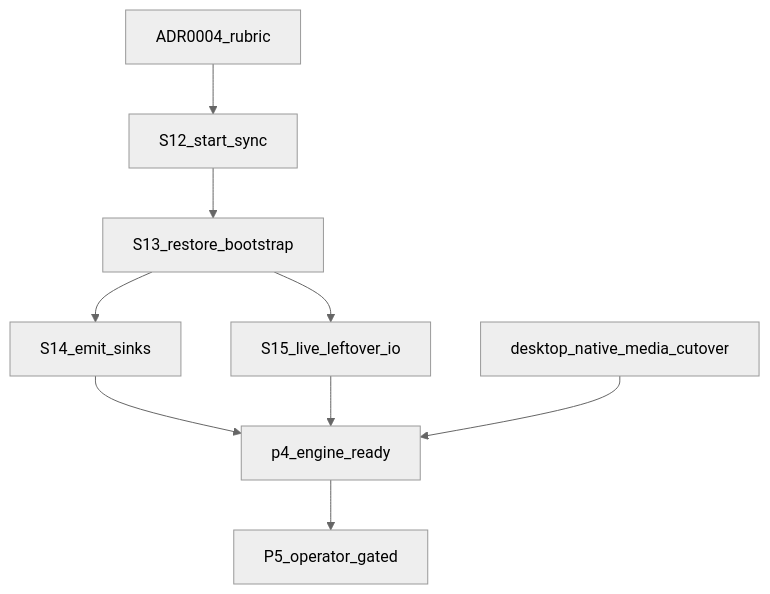
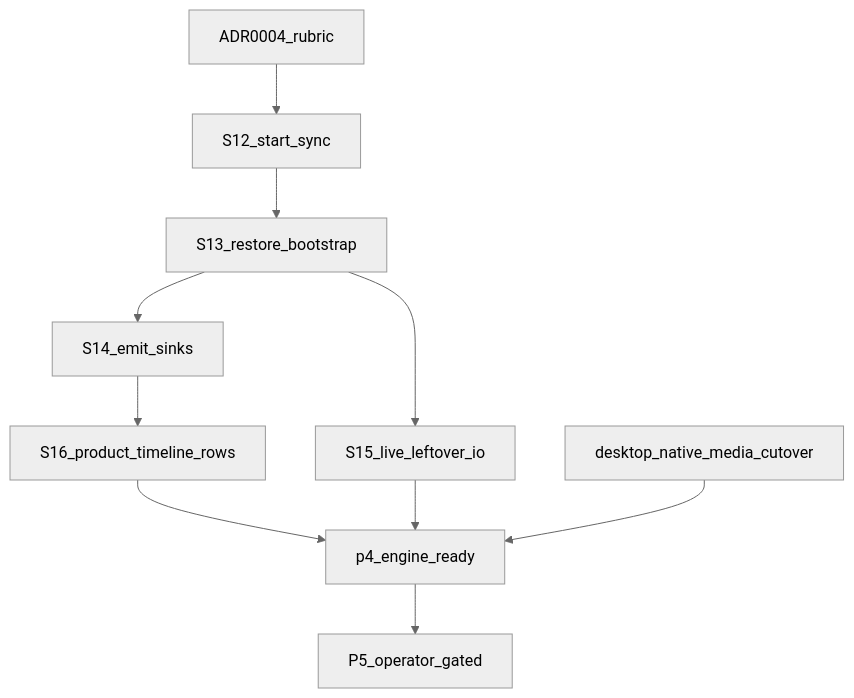
Before and after one commit to nepenth/synara-desktop: the diagram in docs/shared-native-core/13-language-boundary-goal-graph.md, drawn with Mermaid (neutral theme). The commit also changed other lines of this file and 9 other files, not shown here.

First line of the commit message:
feat(core): expose privacy-safe timeline rows on SharedCore (P4-S16)

````diff
--- a/docs/shared-native-core/13-language-boundary-goal-graph.md
+++ b/docs/shared-native-core/13-language-boundary-goal-graph.md
@@ -46,20 +46,22 @@
 ```mermaid
 flowchart TD
   adr0004[ADR0004_rubric]
   s12[S12_start_sync]
   s13[S13_restore_bootstrap]
   s14[S14_emit_sinks]
   s15[S15_live_leftover_io]
+  s16[S16_product_timeline_rows]
   media[desktop_native_media_cutover]
   done[p4_engine_ready]
   p5[P5_operator_gated]
 
   adr0004 --> s12
   s12 --> s13
   s13 --> s14
   s13 --> s15
-  s14 --> done
+  s14 --> s16
+  s16 --> done
   s15 --> done
   media --> done
   done --> p5
 ```
````
